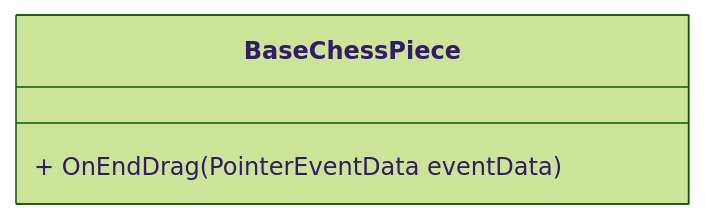
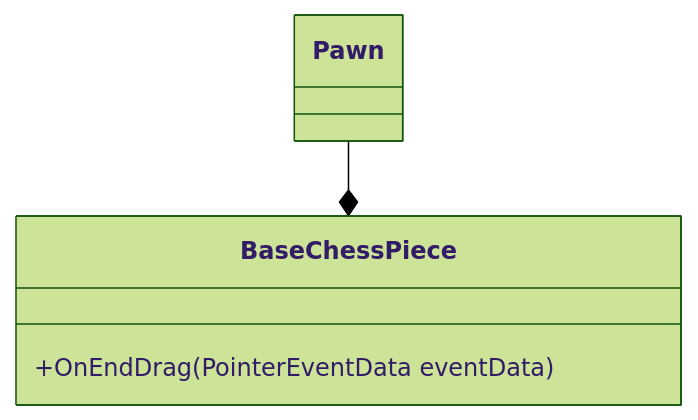
The diagram in README.md (JL-40/Game_Engine_Assignment_1), drawn with Mermaid (forest theme) before and after one commit. The commit also changed other lines of this file, not shown here.

````diff
--- a/README.md
+++ b/README.md
@@ -55,5 +56,6 @@
 ```mermaid
 classDiagram
-	BaseChessPiece : + OnEndDrag(PointerEventData eventData)
+	BaseChessPiece : +OnEndDrag(PointerEventData eventData)
+	Pawn --* BaseChessPiece
 	
 ```
````
